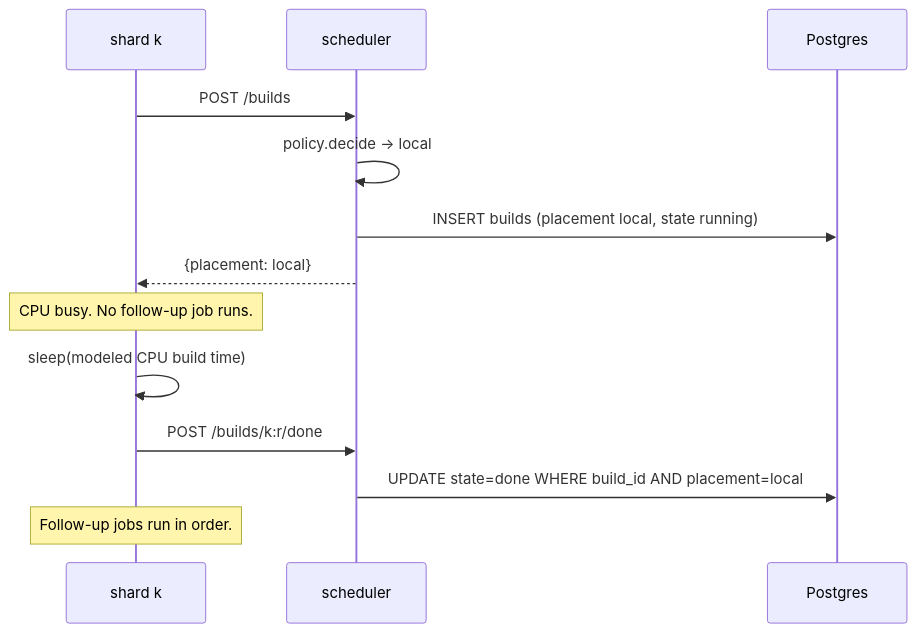
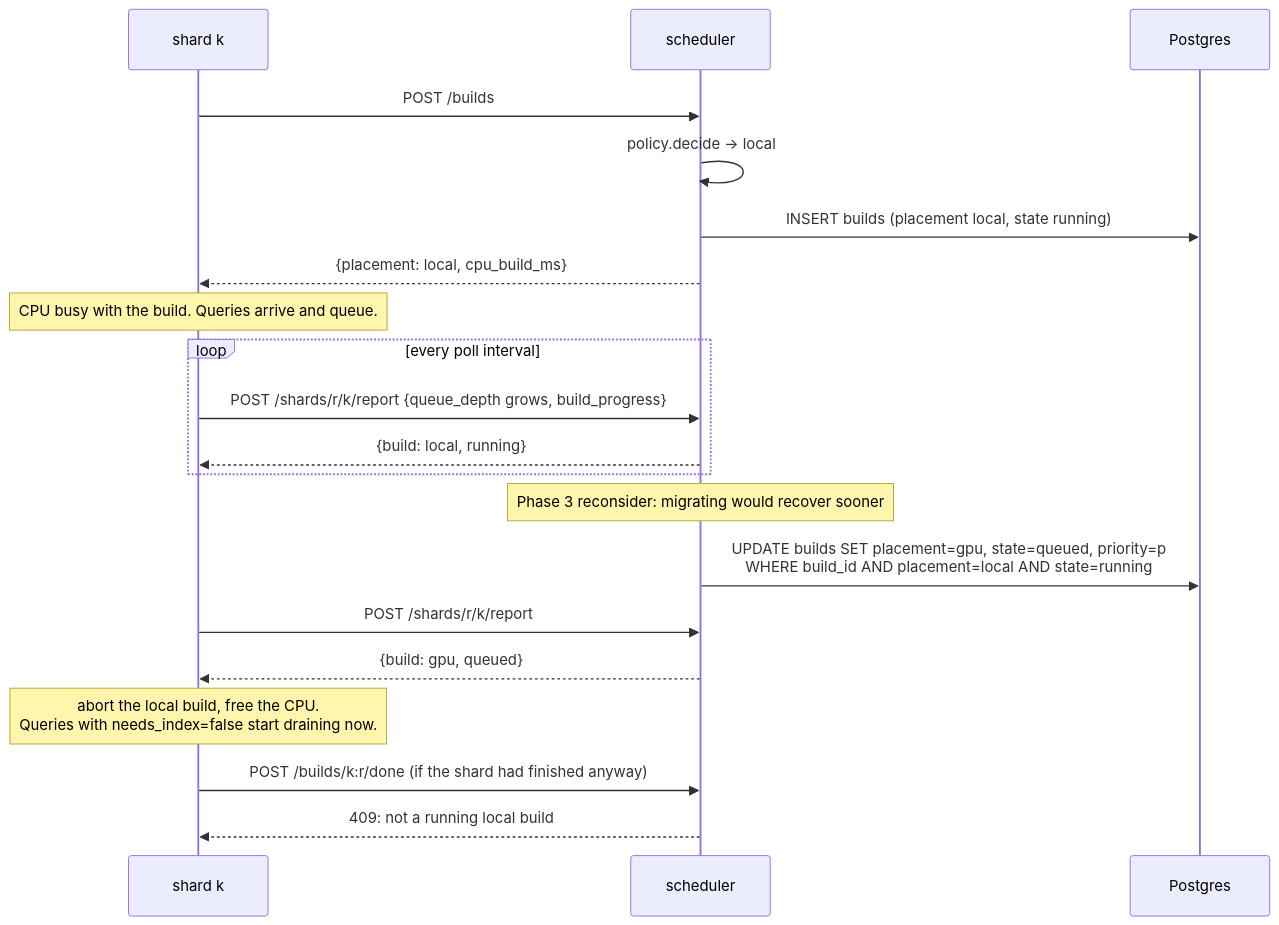
Before and after one commit to arqbca11/KubernetesGPU: the third of 6 diagrams in docs/design/phase1-scheduler.md, drawn with Mermaid. The commit also changed other lines of this file and 13 other files, not shown here.

First line of the commit message:
Model revision: queries arrive as a stream; shards report load; placement can change in flight

````diff
--- a/docs/design/phase1-scheduler.md
+++ b/docs/design/phase1-scheduler.md
@@ -89,16 +93,23 @@
 ```mermaid
 sequenceDiagram
     participant S as shard k
     participant A as scheduler
     participant P as Postgres
 
     S->>A: POST /builds
     A->>A: policy.decide → local
     A->>P: INSERT builds (placement local, state running)
-    A-->>S: {placement: local}
-    Note over S: CPU busy. No follow-up job runs.
-    S->>S: sleep(modeled CPU build time)
-    S->>A: POST /builds/k:r/done
-    A->>P: UPDATE state=done WHERE build_id AND placement=local
-    Note over S: Follow-up jobs run in order.
+    A-->>S: {placement: local, cpu_build_ms}
+    Note over S: CPU busy with the build. Queries arrive and queue.
+    loop every poll interval
+        S->>A: POST /shards/r/k/report {queue_depth grows, build_progress}
+        A-->>S: {build: local, running}
+    end
+    Note over A: Phase 3 reconsider: migrating would recover sooner
+    A->>P: UPDATE builds SET placement=gpu, state=queued, priority=p<br/>WHERE build_id AND placement=local AND state=running
+    S->>A: POST /shards/r/k/report
+    A-->>S: {build: gpu, queued}
+    Note over S: abort the local build, free the CPU.<br/>Queries with needs_index=false start draining now.
+    S->>A: POST /builds/k:r/done (if the shard had finished anyway)
+    A-->>S: 409: not a running local build
 ```
````
